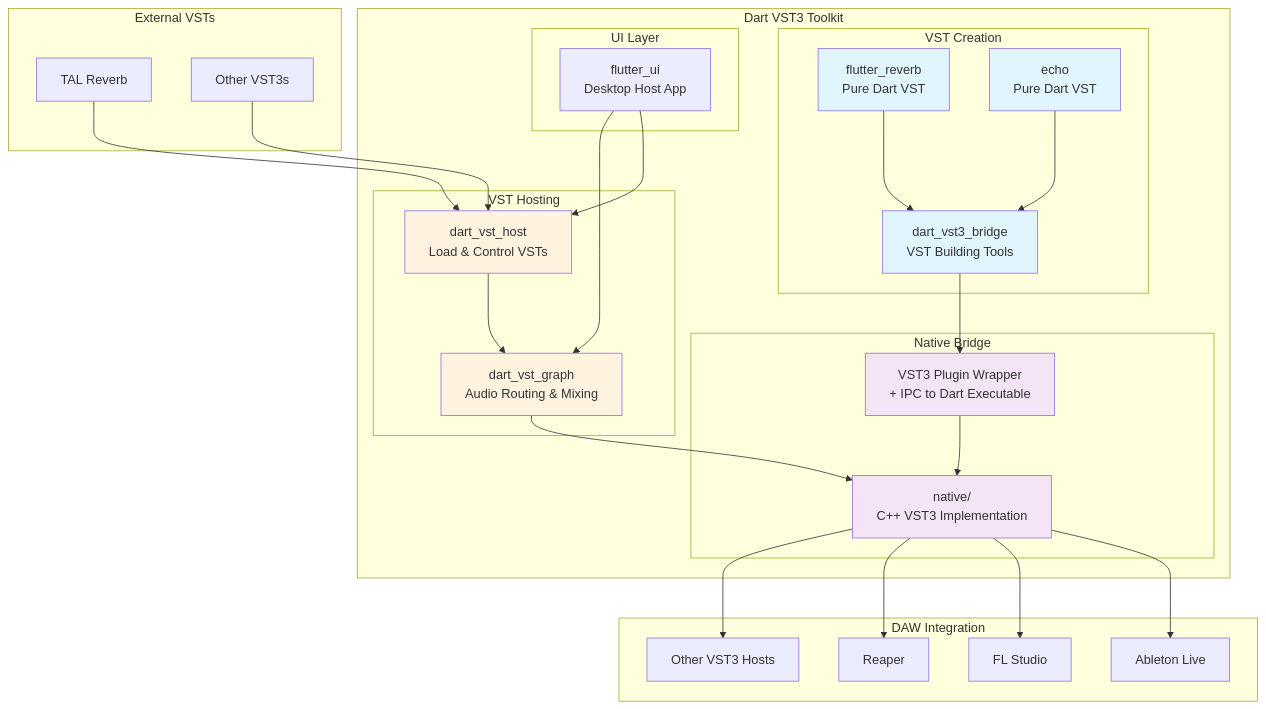
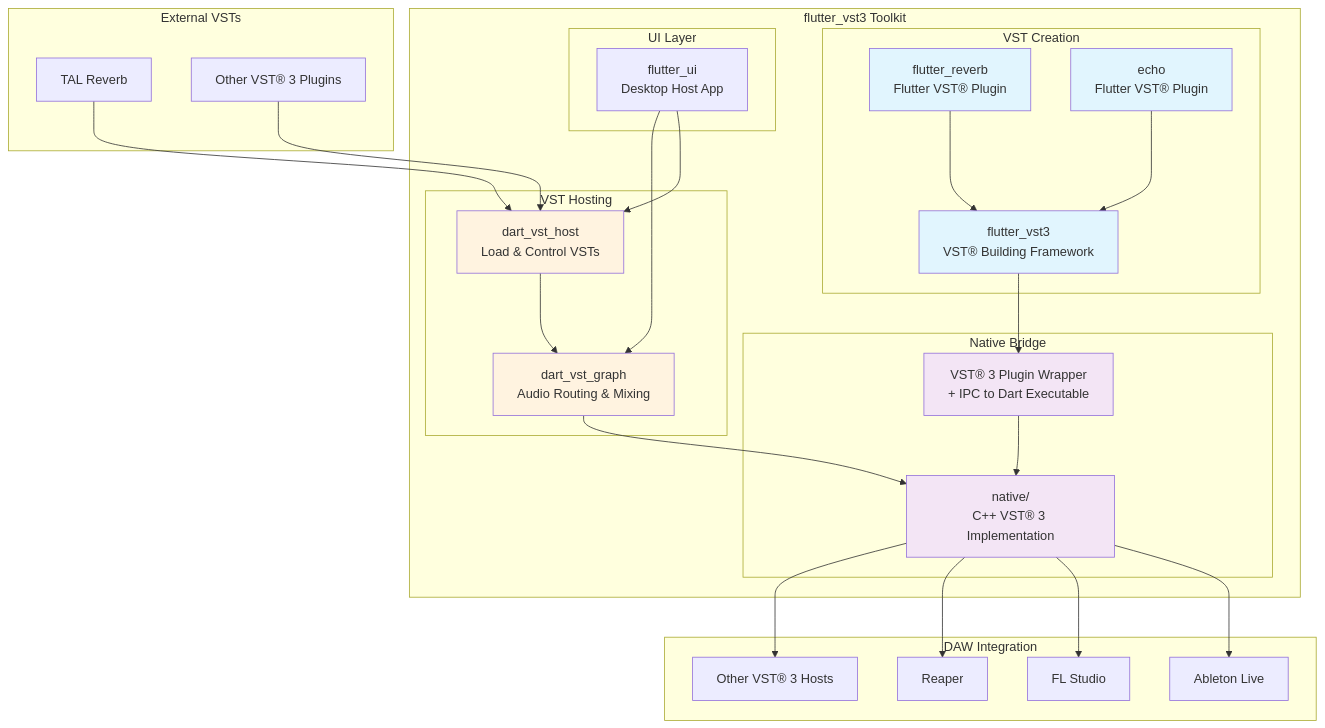
One commit to MelbourneDeveloper/flutter_vst3 changed the first of 2 diagrams in README.md. Above: the diagram before and after it, drawn with Mermaid. The commit also changed other lines of this file and 47 other files, not shown here.

Commit message:
Rebrand to flutter_vst3

````diff
--- a/README.md
+++ b/README.md
@@ -13,66 +17,66 @@
 ```mermaid
 graph TB
     subgraph "DAW Integration"
         DAW1[Ableton Live]
         DAW2[FL Studio]
         DAW3[Reaper]
-        DAW4[Other VST3 Hosts]
+        DAW4[Other VST® 3 Hosts]
     end
     
-    subgraph "Dart VST3 Toolkit"
+    subgraph "flutter_vst3 Toolkit"
         subgraph "VST Creation"
-            FR[flutter_reverb<br/>Pure Dart VST]
-            ECHO[echo<br/>Pure Dart VST]
-            DVST[dart_vst3_bridge<br/>VST Building Tools]
+            FR[flutter_reverb<br/>Flutter VST® Plugin]
+            ECHO[echo<br/>Flutter VST® Plugin]
+            FVST[flutter_vst3<br/>VST® Building Framework]
         end
         
         subgraph "VST Hosting"
             DVH[dart_vst_host<br/>Load & Control VSTs]
             DVG[dart_vst_graph<br/>Audio Routing & Mixing]
         end
         
         subgraph "Native Bridge"
-            NL[native/<br/>C++ VST3 Implementation]
-            PL[VST3 Plugin Wrapper<br/>+ IPC to Dart Executable]
+            NL[native/<br/>C++ VST® 3 Implementation]
+            PL[VST® 3 Plugin Wrapper<br/>+ IPC to Dart Executable]
         end
         
         subgraph "UI Layer"
             FUI[flutter_ui<br/>Desktop Host App]
         end
     end
     
     subgraph "External VSTs"
         VST1[TAL Reverb]
-        VST2[Other VST3s]
+        VST2[Other VST® 3 Plugins]
     end
     
     %% VST Creation Flow
-    FR --> DVST
-    ECHO --> DVST
-    DVST --> PL
+    FR --> FVST
+    ECHO --> FVST
+    FVST --> PL
     PL --> NL
     
     %% VST Hosting Flow  
     VST1 --> DVH
     VST2 --> DVH
     DVH --> DVG
     DVG --> NL
     
     %% UI Integration
     FUI --> DVH
     FUI --> DVG
     
     %% DAW Integration
     NL --> DAW1
     NL --> DAW2
     NL --> DAW3
     NL --> DAW4
     
     style FR fill:#e1f5fe
     style ECHO fill:#e1f5fe
-    style DVST fill:#e1f5fe
+    style FVST fill:#e1f5fe
     style DVH fill:#fff3e0
     style DVG fill:#fff3e0
     style NL fill:#f3e5f5
     style PL fill:#f3e5f5
 ```
````
